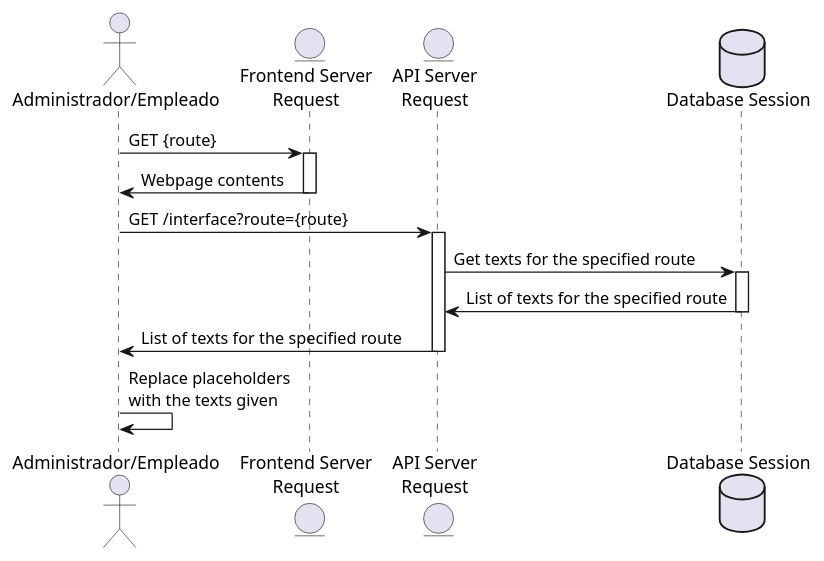
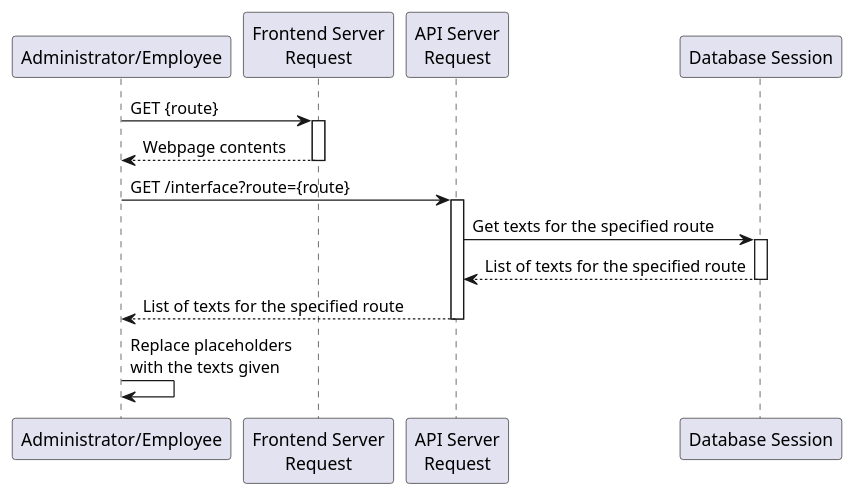
One commit to wuiquique/mycelium-local changed the diagram in uml/requirements/L015.wsd. Above: the diagram before and after it, drawn with PlantUML. The commit also changed 13 other files, not shown here.

Commit message:
Fix sequence diagrams + convert some others

```diff
--- a/uml/requirements/L015.wsd
+++ b/uml/requirements/L015.wsd
@@ -1,23 +1,23 @@
 @startuml sequence1
 
-actor "Administrador/Empleado" as user
-entity "Frontend Server\nRequest" as fe
-entity "API Server\nRequest" as api
-database "Database Session" as db
+participant "Administrator/Employee" as user
+participant "Frontend Server\nRequest" as fe
+participant "API Server\nRequest" as api
+participant "Database Session" as db
 
 user -> fe : GET {route}
 activate fe
-fe -> user : Webpage contents
+user <-- fe : Webpage contents
 deactivate fe
 
 user -> api : GET /interface?route={route}
 activate api
 api -> db : Get texts for the specified route
 activate db
-db -> api : List of texts for the specified route
+api <-- db : List of texts for the specified route
 deactivate db
-api -> user : List of texts for the specified route
+user <-- api : List of texts for the specified route
 deactivate api
 user -> user : Replace placeholders\nwith the texts given
 
 @enduml
```
